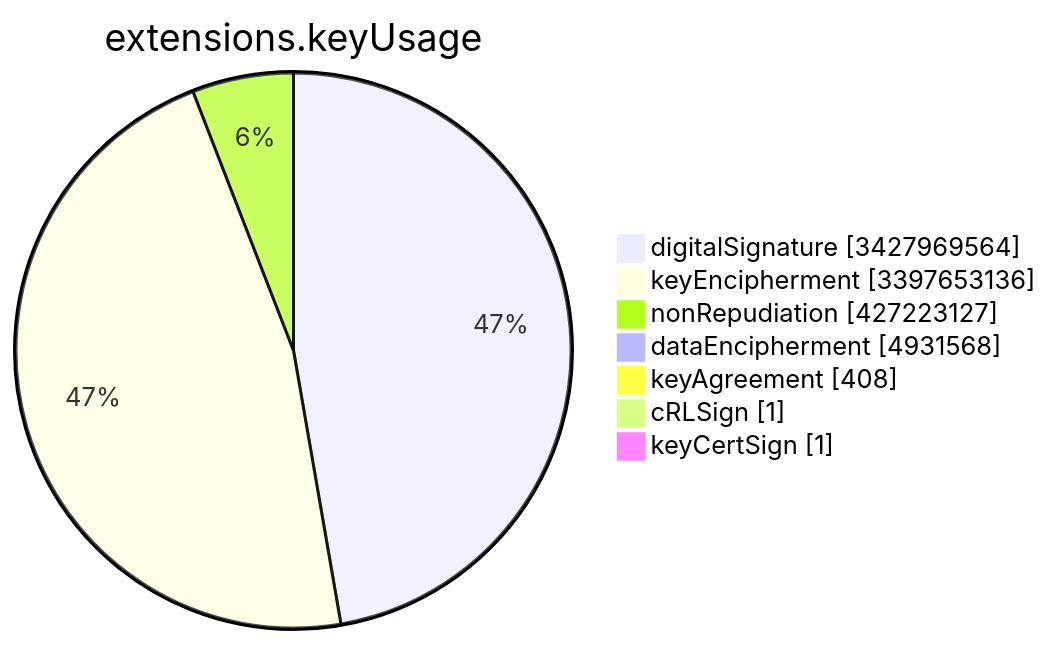
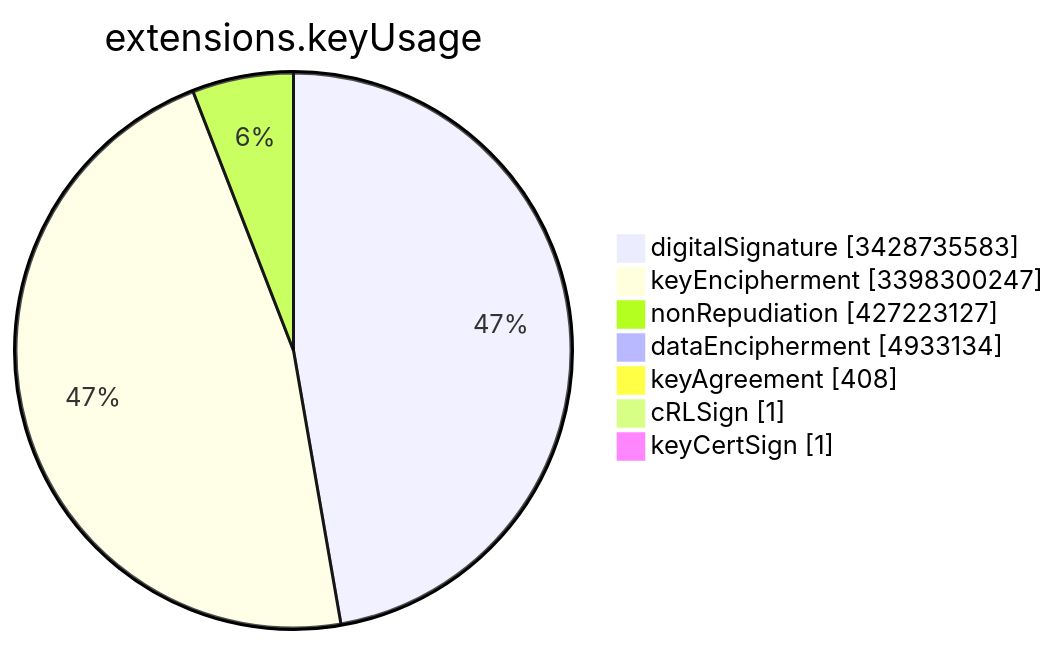
One commit to christiankrug/ctmonitor_visualization changed the sixth of 15 diagrams in TOTAL/README.md. Above: the diagram before and after it, drawn with Mermaid. The commit also changed other lines of this file, not shown here.

````diff
--- a/TOTAL/README.md
+++ b/TOTAL/README.md
@@ -3081,11 +3081,11 @@
 ```mermaid
 pie showData
 title extensions.keyUsage
-"digitalSignature" :3427969564
-"keyEncipherment" :3397653136
+"digitalSignature" :3428735583
+"keyEncipherment" :3398300247
 "nonRepudiation" :427223127
-"dataEncipherment" :4931568
+"dataEncipherment" :4933134
 "keyAgreement" :408
 "cRLSign" :1
 "keyCertSign" :1
 ```
````
